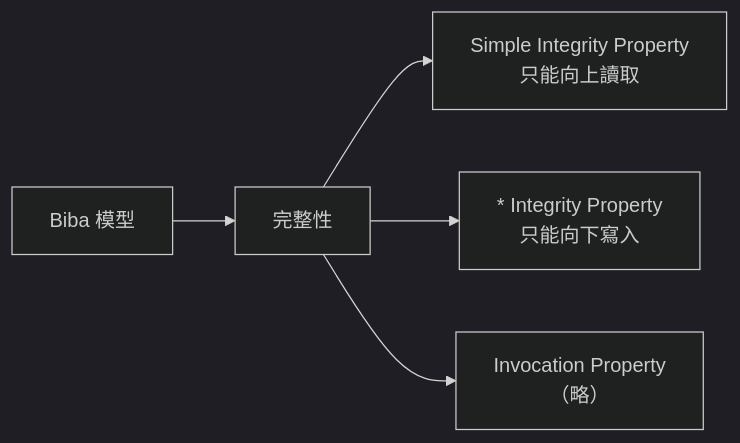
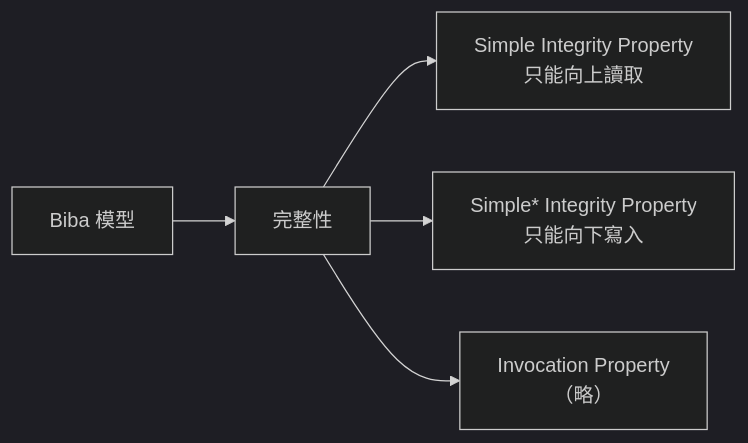
Before and after one commit to Twister5-com-tw-Dev-dep/CISSP-Mindset: the fourth of 8 diagrams in Domain3/1.Models-&-Frameworks.md, drawn with Mermaid (dark theme).

````diff
--- a/Domain3/1.Models-&-Frameworks.md
+++ b/Domain3/1.Models-&-Frameworks.md
@@ -100,7 +100,7 @@
 ```mermaid
 graph LR
     A[Biba 模型] --> B[完整性]
     B --> C[Simple Integrity Property<br>只能向上讀取]
-    B --> D[* Integrity Property<br>只能向下寫入]
+    B --> D[ Simple* Integrity Property<br>只能向下寫入]
     B --> E[Invocation Property<br>（略）]
 ```
````
